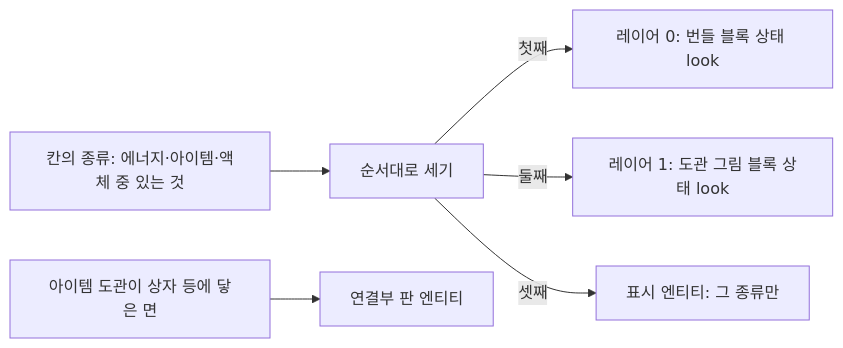
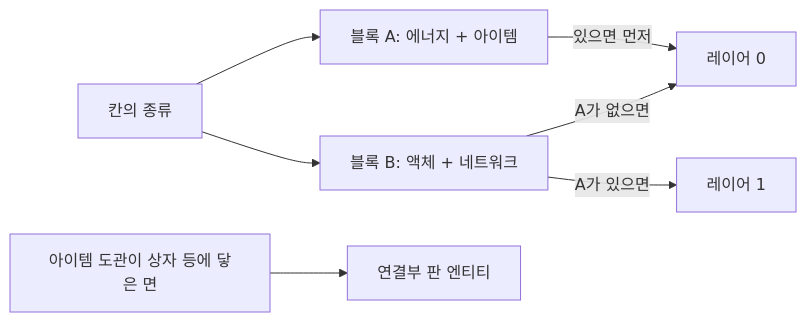
One commit to PresentKim/SkyGear changed the diagram in docs/plans/2026-11-09-conduit-blocks.spec.md. Above: the diagram before and after it, drawn with Mermaid. The commit also changed other lines of this file and 25 other files, not shown here.

````diff
--- a/docs/plans/2026-11-09-conduit-blocks.spec.md
+++ b/docs/plans/2026-11-09-conduit-blocks.spec.md
@@ -43,8 +37,9 @@
 ```mermaid
 flowchart LR
-  K["칸의 종류: 에너지·아이템·액체 중 있는 것"] --> O["순서대로 세기"]
-  O -->|첫째| L0["레이어 0: 번들 블록 상태 look"]
-  O -->|둘째| L1["레이어 1: 도관 그림 블록 상태 look"]
-  O -->|셋째| E["표시 엔티티: 그 종류만"]
+  K["칸의 종류"] --> A["블록 A: 에너지 + 아이템"]
+  K --> B["블록 B: 액체 + 네트워크"]
+  A -->|"있으면 먼저"| L0["레이어 0"]
+  B -->|"A가 있으면"| L1["레이어 1"]
+  B -->|"A가 없으면"| L0
   P["아이템 도관이 상자 등에 닿은 면"] --> PL["연결부 판 엔티티"]
 ```
````
